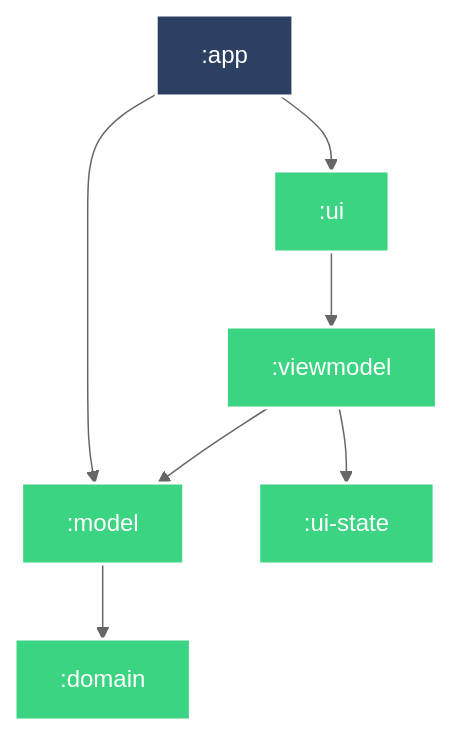
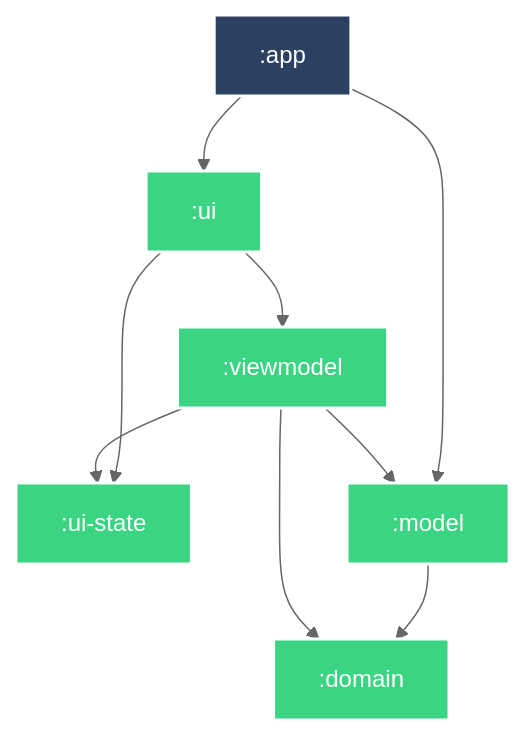
Before and after one commit to JustBurrow/template-android-app: the diagram in README.md, drawn with Mermaid.

Commit message:
📝 모듈 그래프 업데이트.

````diff
--- a/README.md
+++ b/README.md
@@ -20,24 +20,27 @@
 ```mermaid
 %%{
   init: {
     'theme': 'neutral'
   }
 }%%
 
 graph TB
   :ui --> :viewmodel
+  :ui --> :ui-state
   :model --> :domain
   :app --> :model
   :app --> :ui
   :viewmodel --> :ui-state
   :viewmodel --> :model
+  :viewmodel --> :domain
 
 classDef android-library fill:#3BD482,stroke:#fff,stroke-width:2px,color:#fff;
 classDef android-application fill:#2C4162,stroke:#fff,stroke-width:2px,color:#fff;
 class :ui android-library
 class :viewmodel android-library
+class :ui-state android-library
 class :model android-library
 class :domain android-library
 class :app android-application
-class :ui-state android-library
+
 ```
````
